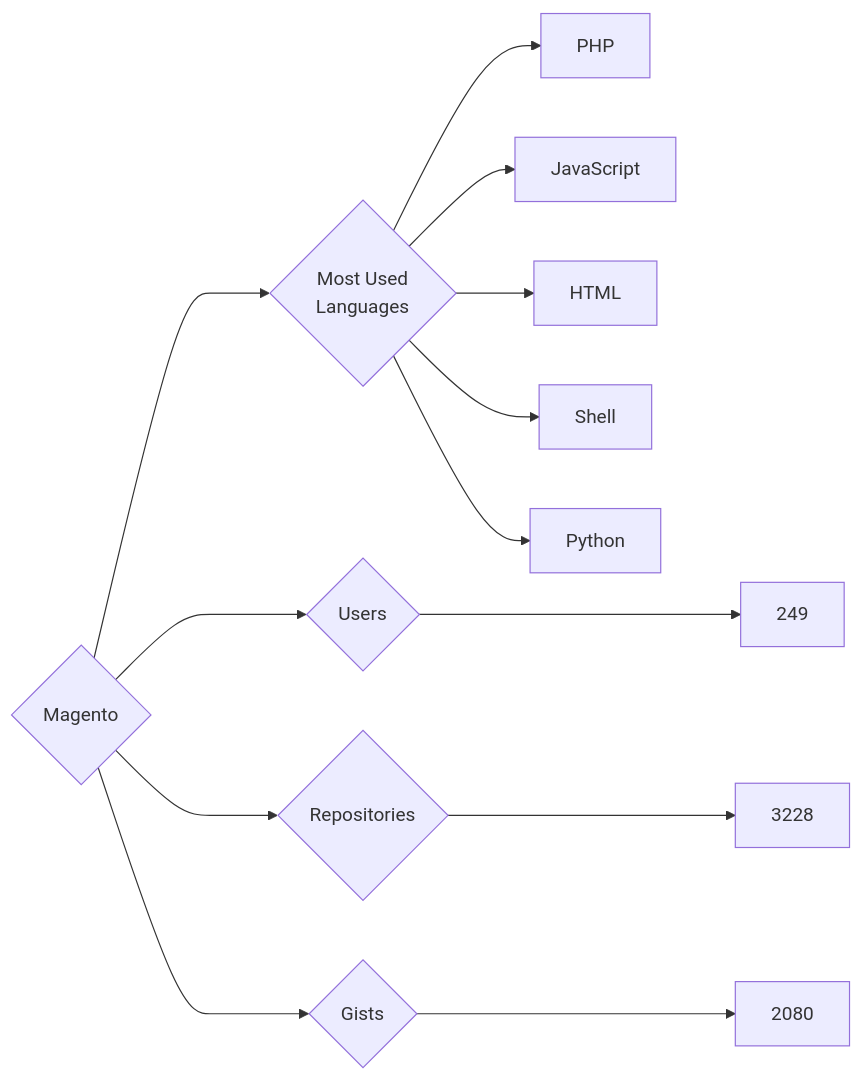
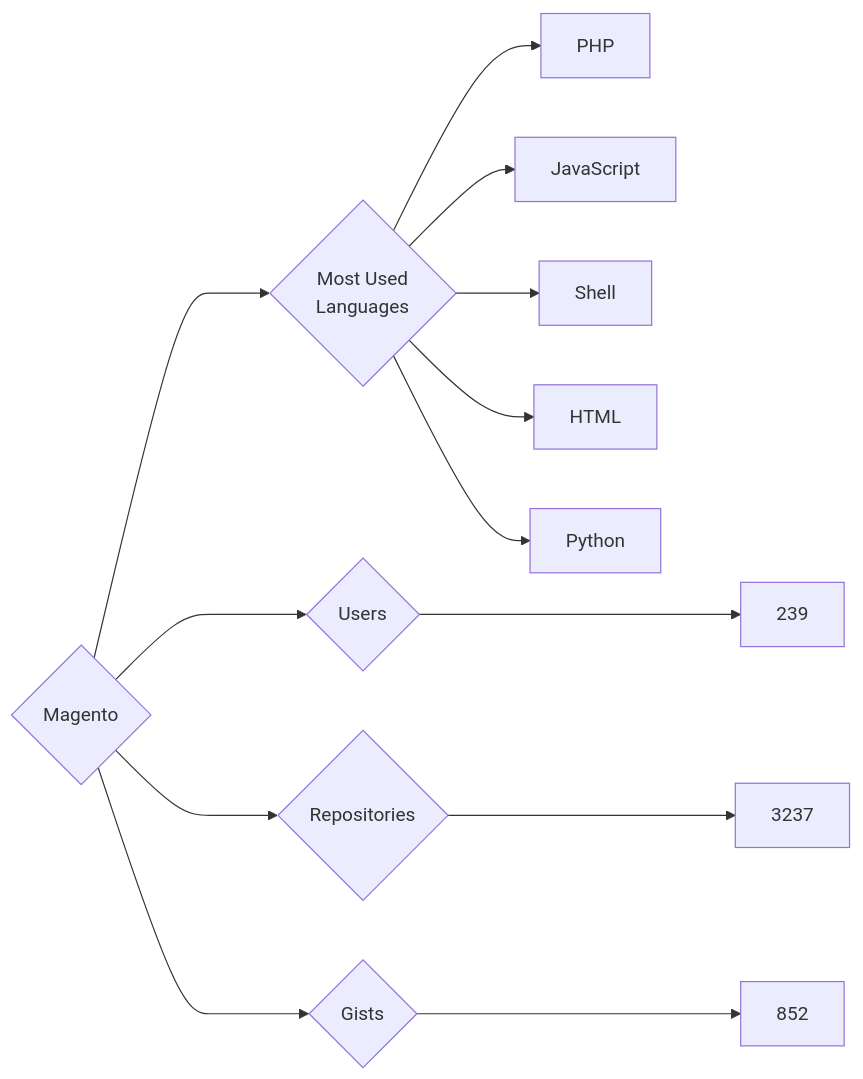
Before and after one commit to trickest/insiders: the diagram in targets/Magento/README.md, drawn with Mermaid. The commit also changed 837 other files, not shown here.

````diff
--- a/targets/Magento/README.md
+++ b/targets/Magento/README.md
@@ -3,13 +3,13 @@
 ```mermaid
 graph LR
 COMPANY_NAME{Magento}
-COMPANY_NAME ---> U{Users} ---> UN[249]
-COMPANY_NAME ---> R{Repositories} ---> RN[3228]
-COMPANY_NAME ---> G{Gists} ---> GN[2080]
+COMPANY_NAME ---> U{Users} ---> UN[239]
+COMPANY_NAME ---> R{Repositories} ---> RN[3237]
+COMPANY_NAME ---> G{Gists} ---> GN[852]
 COMPANY_NAME ---> ML{Most Used<br>Languages}
 ML --> PHP[PHP]
 ML --> JavaScript[JavaScript]
+ML --> Shell[Shell]
 ML --> HTML[HTML]
-ML --> Shell[Shell]
 ML --> Python[Python]
 ```
````
